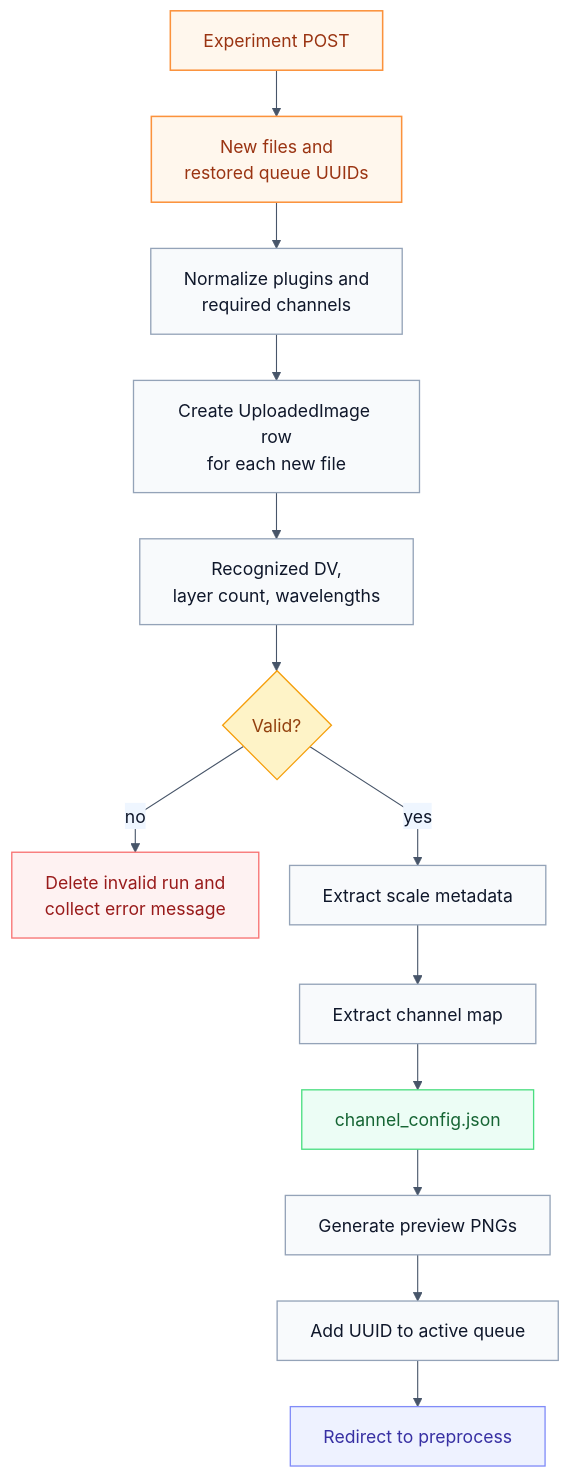
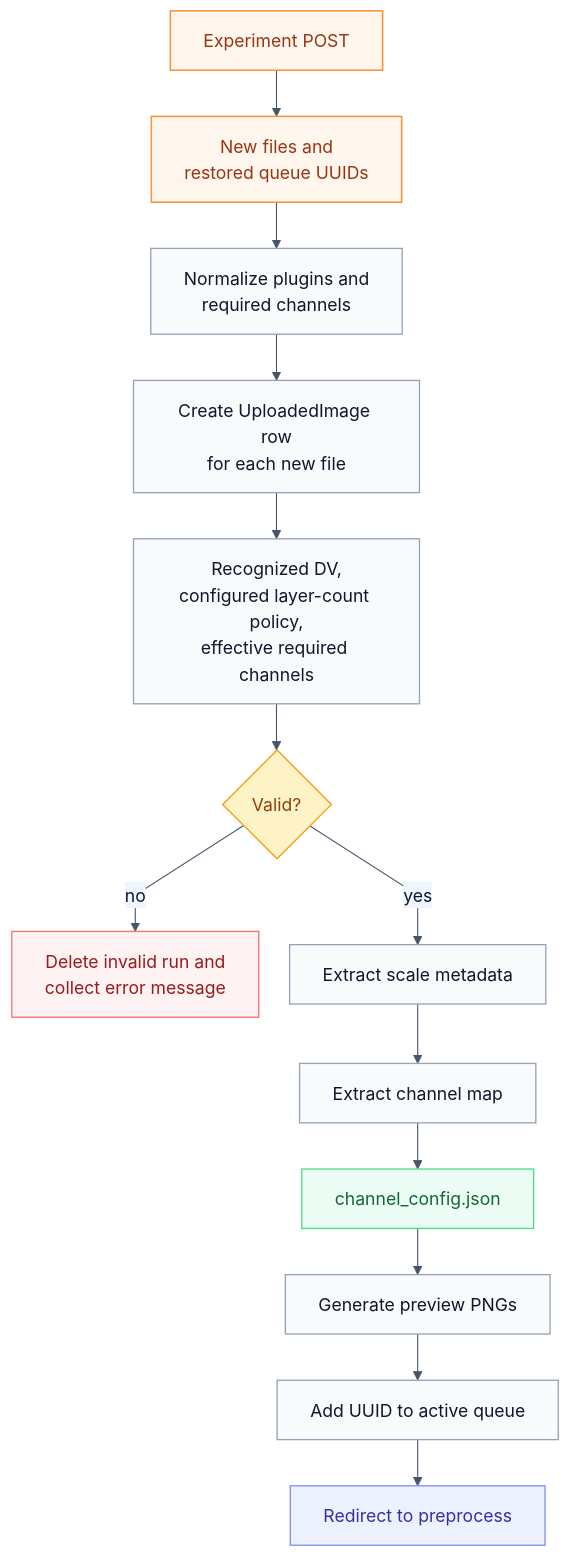
The diagram in docs/diagrams/06-upload-validation-flow.mmd (BrentLagesse/CytoCV), drawn with Mermaid before and after one commit. The commit also changed 28 other files, not shown here.

```diff
--- a/docs/diagrams/06-upload-validation-flow.mmd
+++ b/docs/diagrams/06-upload-validation-flow.mmd
@@ -1,33 +1,33 @@
 %%{init: {"theme":"base","themeVariables":{"background":"#ffffff","primaryColor":"#f8fafc","primaryBorderColor":"#94a3b8","primaryTextColor":"#0f172a","secondaryColor":"#eff6ff","tertiaryColor":"#eef2ff","lineColor":"#475569","fontFamily":"Helvetica","fontSize":"16px","clusterBorder":"#cbd5e1","clusterBkg":"#ffffff"},"flowchart":{"htmlLabels":true,"curve":"linear","nodeSpacing":28,"rankSpacing":42}}}%%
 flowchart TD
     classDef actor fill:#fff7ed,stroke:#fb923c,color:#9a3412,stroke-width:1.4px;
     classDef process fill:#f8fafc,stroke:#94a3b8,color:#0f172a,stroke-width:1.2px;
     classDef decision fill:#fef3c7,stroke:#f59e0b,color:#92400e,stroke-width:1.2px;
     classDef data fill:#ecfdf5,stroke:#4ade80,color:#166534,stroke-width:1.2px;
     classDef warn fill:#fef2f2,stroke:#f87171,color:#991b1b,stroke-width:1.2px;
     classDef output fill:#eef2ff,stroke:#818cf8,color:#3730a3,stroke-width:1.2px;
 
     start[Experiment POST]
     input[New files and<br/>restored queue UUIDs]
     select[Normalize plugins and<br/>required channels]
     create[Create UploadedImage row<br/>for each new file]
-    validate[Recognized DV,<br/>layer count, wavelengths]
+    validate[Recognized DV,<br/>configured layer-count policy,<br/>effective required channels]
     ok{Valid?}
     reject[Delete invalid run and<br/>collect error message]
     scale[Extract scale metadata]
     channels[Extract channel map]
     config[channel_config.json]
     preview[Generate preview PNGs]
     queue[Add UUID to active queue]
     redirect[Redirect to preprocess]
 
     start --> input --> select --> create --> validate --> ok
     ok -- no --> reject
     ok -- yes --> scale --> channels --> config --> preview --> queue --> redirect
 
     class start,input actor
     class select,create,validate,scale,channels,preview,queue process
     class ok decision
     class config data
     class reject warn
     class redirect output
```
